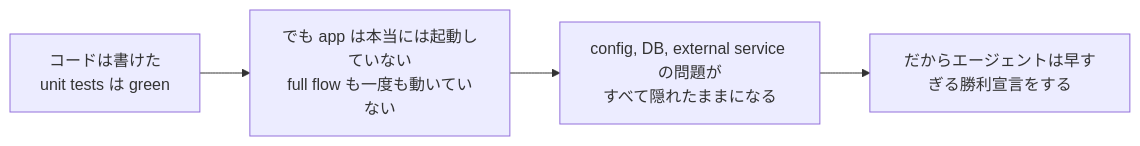
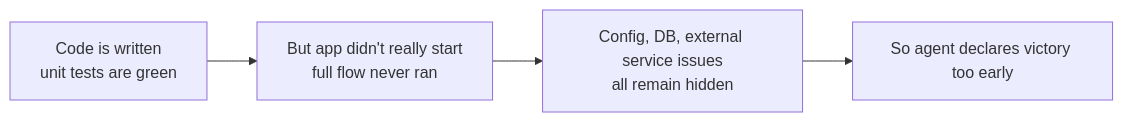
The second of 2 diagrams in docs/en/lectures/lecture-09-why-agents-declare-victory-too-early/index.md (mkusaka/learn-harness-engineering), drawn with Mermaid before and after one commit. The commit also changed other lines of this file and 684 other files, not shown here.

````diff
--- a/docs/en/lectures/lecture-09-why-agents-declare-victory-too-early/index.md
+++ b/docs/en/lectures/lecture-09-why-agents-declare-victory-too-early/index.md
@@ -30,6 +30,6 @@
 ```mermaid
 flowchart LR
-    A["コードは書けた<br/>unit tests は green"] --> B["でも app は本当には起動していない<br/>full flow も一度も動いていない"]
-    B --> C["config, DB, external service の問題が<br/>すべて隠れたままになる"]
-    C --> D["だからエージェントは早すぎる勝利宣言をする"]
+    A["Code is written<br/>unit tests are green"] --> B["But app didn't really start<br/>full flow never ran"]
+    B --> C["Config, DB, external service issues<br/>all remain hidden"]
+    C --> D["So agent declares victory too early"]
 ```
````
